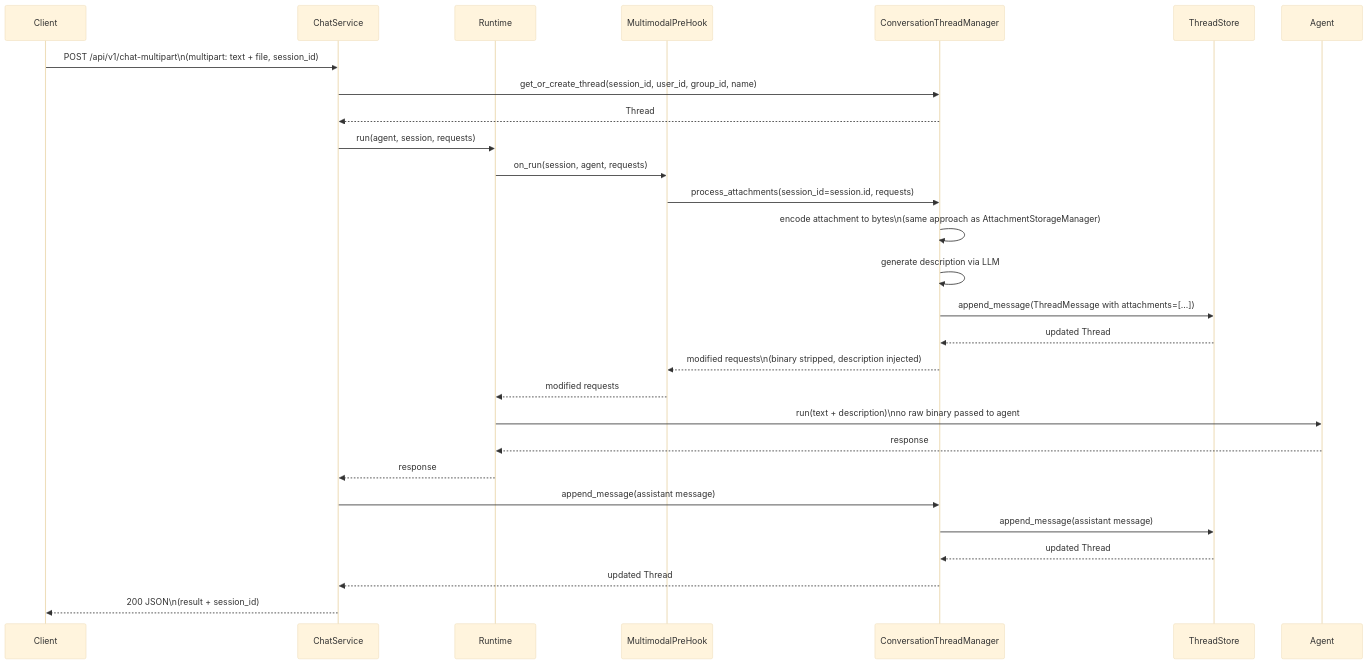
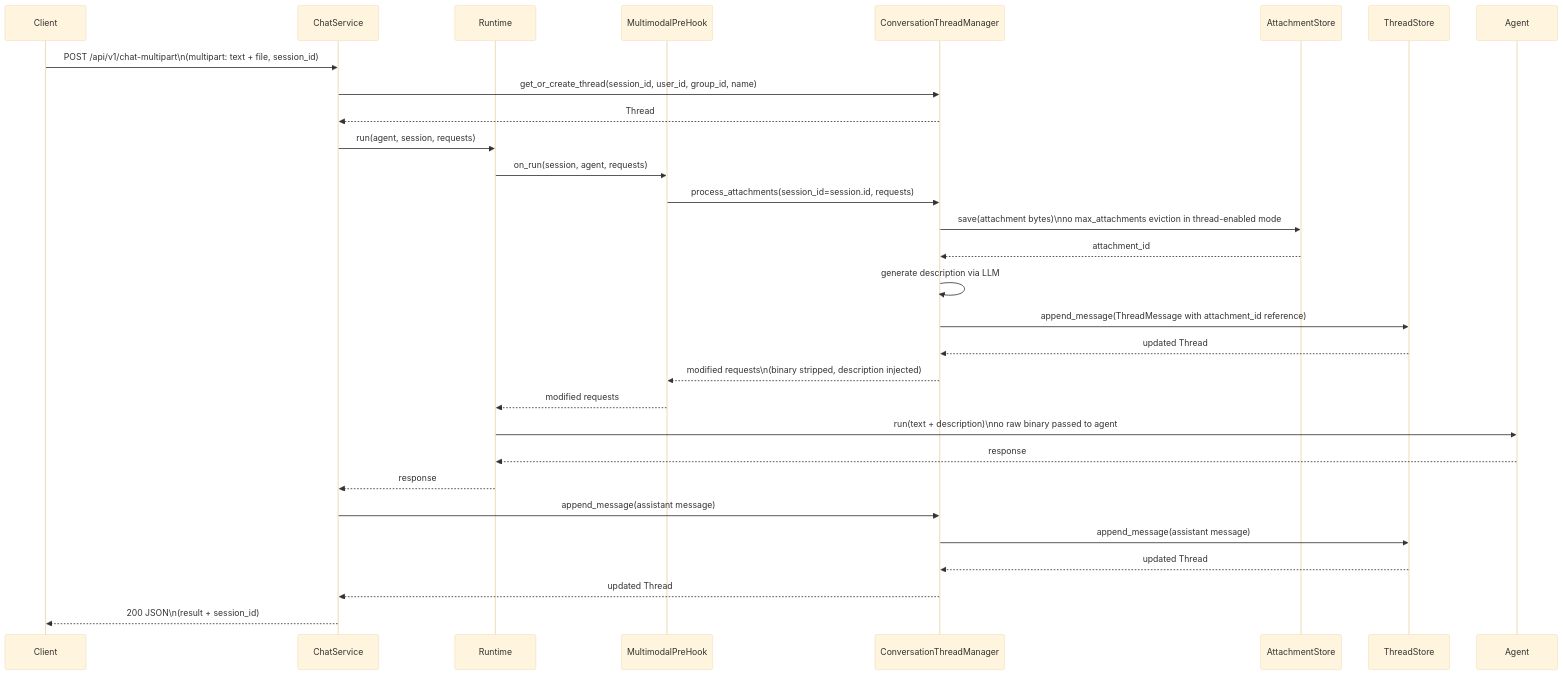
Before and after one commit to yaalalabs/agent-kernel: the second of 3 diagrams in docs/specs/conversation-thread-support.md, drawn with Mermaid (base theme). The commit also changed other lines of this file, not shown here.

Commit message:
Updated thread design for attachment store

````diff
--- a/docs/specs/conversation-thread-support.md
+++ b/docs/specs/conversation-thread-support.md
@@ -171,31 +174,33 @@
 ```mermaid
 sequenceDiagram
     participant Client
     participant ChatService
     participant Runtime
     participant MultimodalPreHook
     participant ConversationThreadManager
+    participant AttachmentStore
     participant ThreadStore
     participant Agent
 
     Client->>ChatService: POST /api/v1/chat-multipart\n(multipart: text + file, session_id)
     ChatService->>ConversationThreadManager: get_or_create_thread(session_id, user_id, group_id, name)
     ConversationThreadManager-->>ChatService: Thread
     ChatService->>Runtime: run(agent, session, requests)
     Runtime->>MultimodalPreHook: on_run(session, agent, requests)
     MultimodalPreHook->>ConversationThreadManager: process_attachments(session_id=session.id, requests)
-    ConversationThreadManager->>ConversationThreadManager: encode attachment to bytes\n(same approach as AttachmentStorageManager)
+    ConversationThreadManager->>AttachmentStore: save(attachment bytes)\nno max_attachments eviction in thread-enabled mode
+    AttachmentStore-->>ConversationThreadManager: attachment_id
     ConversationThreadManager->>ConversationThreadManager: generate description via LLM
-    ConversationThreadManager->>ThreadStore: append_message(ThreadMessage with attachments=[...])
+    ConversationThreadManager->>ThreadStore: append_message(ThreadMessage with attachment_id reference)
     ThreadStore-->>ConversationThreadManager: updated Thread
     ConversationThreadManager-->>MultimodalPreHook: modified requests\n(binary stripped, description injected)
     MultimodalPreHook-->>Runtime: modified requests
     Runtime->>Agent: run(text + description)\nno raw binary passed to agent
     Agent-->>Runtime: response
     Runtime-->>ChatService: response
     ChatService->>ConversationThreadManager: append_message(assistant message)
     ConversationThreadManager->>ThreadStore: append_message(assistant message)
     ThreadStore-->>ConversationThreadManager: updated Thread
     ConversationThreadManager-->>ChatService: updated Thread
     ChatService-->>Client: 200 JSON\n(result + session_id)
 ```
````
